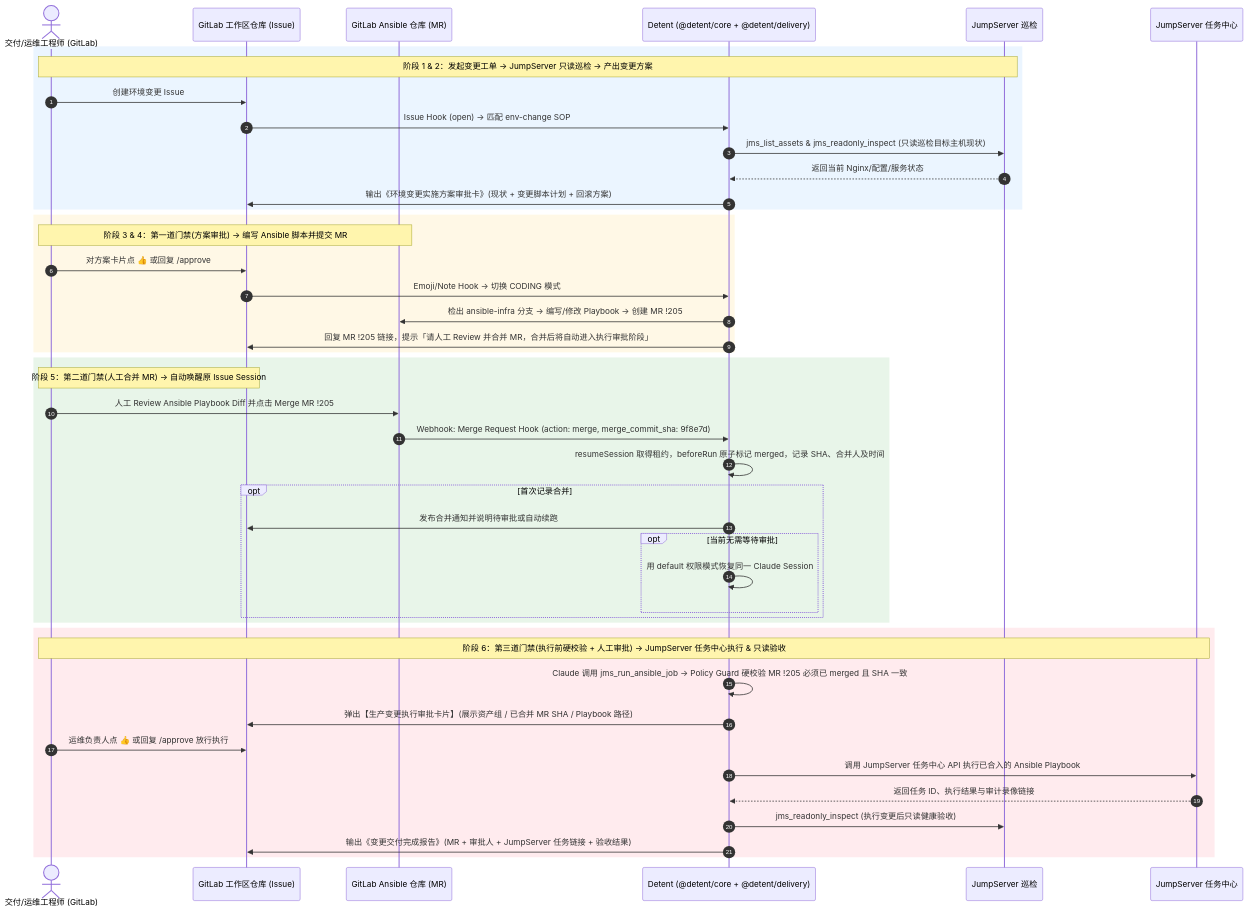
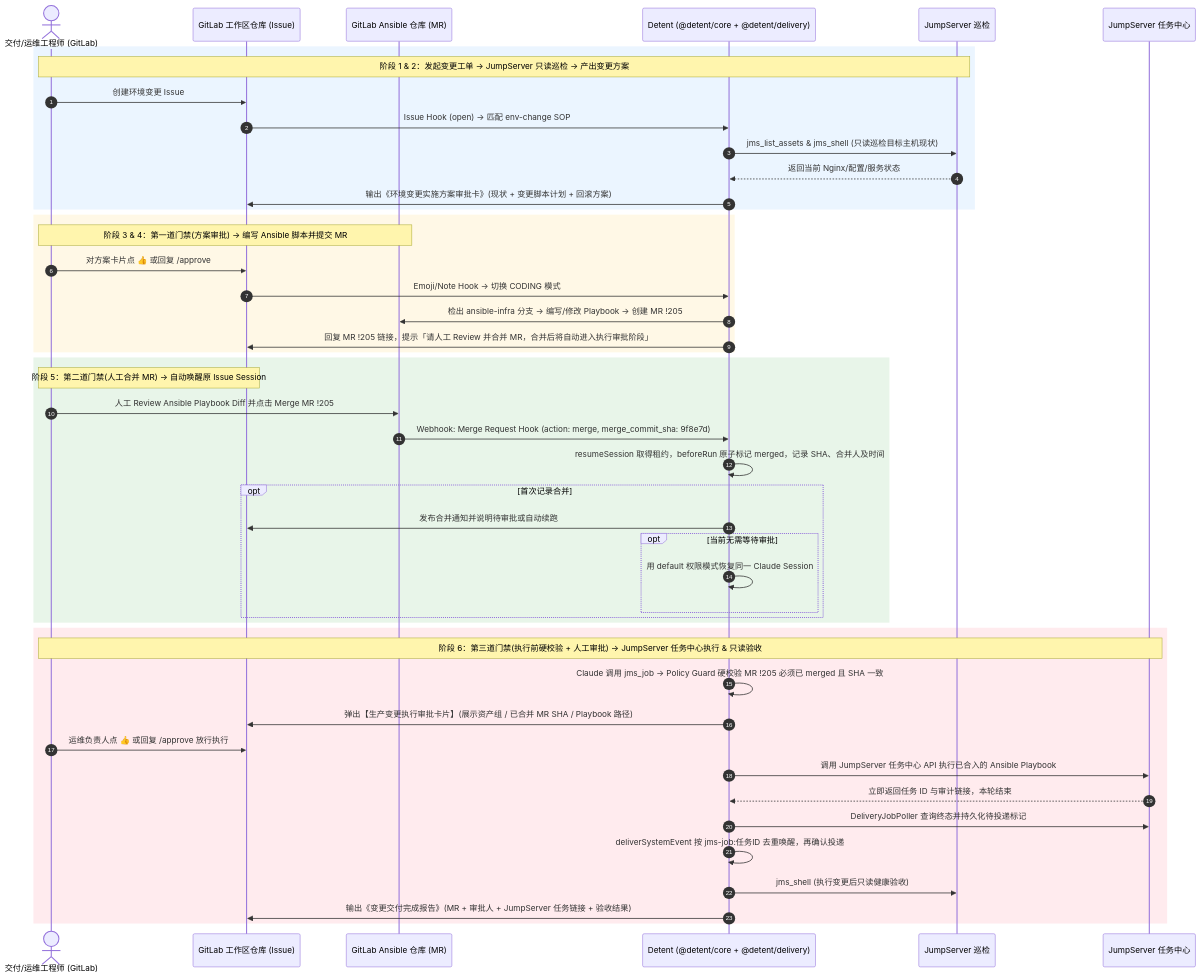
The second of 3 diagrams in docs/DESIGN.md (hallucination-studio/detent), drawn with Mermaid before and after one commit. The commit also changed other lines of this file and 60 other files, not shown here.

Commit message:
feat: add batched jms_shell, async jms_job callback wakeup, suspend-on-approval, loopback HTTP MCP, and layered smoke tests

````diff
--- a/docs/DESIGN.md
+++ b/docs/DESIGN.md
@@ -201,51 +202,53 @@
 ```mermaid
 sequenceDiagram
     autonumber
     actor Ops as 交付/运维工程师 (GitLab)
     participant GL_Hub as GitLab 工作区仓库 (Issue)
     participant GL_Ans as GitLab Ansible 仓库 (MR)
     participant Detent as Detent (@detent/core + @detent/delivery)
     participant JMS_RO as JumpServer 巡检
     participant JMS_Job as JumpServer 任务中心
 
     rect rgb(235, 245, 255)
         Note over Ops,JMS_RO: 阶段 1 & 2：发起变更工单 -> JumpServer 只读巡检 -> 产出变更方案
         Ops->>GL_Hub: 创建环境变更 Issue #88 (如标签 delivery::env-change)
         GL_Hub->>Detent: Issue Hook (open) -> 匹配 env-change SOP
-        Detent->>JMS_RO: jms_list_assets & jms_readonly_inspect (只读巡检目标主机现状)
+        Detent->>JMS_RO: jms_list_assets & jms_shell (只读巡检目标主机现状)
         JMS_RO-->>Detent: 返回当前 Nginx/配置/服务状态
         Detent->>GL_Hub: 输出《环境变更实施方案审批卡》(现状 + 变更脚本计划 + 回滚方案)
     end
 
     rect rgb(255, 248, 230)
         Note over Ops,GL_Ans: 阶段 3 & 4：第一道门禁(方案审批) -> 编写 Ansible 脚本并提交 MR
         Ops->>GL_Hub: 对方案卡片点 👍 或回复 /approve
         GL_Hub->>Detent: Emoji/Note Hook -> 切换 CODING 模式
         Detent->>GL_Ans: 检出 ansible-infra 分支 -> 编写/修改 Playbook -> 创建 MR !205
         Detent->>GL_Hub: 回复 MR !205 链接，提示「请人工 Review 并合并 MR，合并后将自动进入执行审批阶段」
     end
 
     rect rgb(232, 245, 233)
         Note over Ops,GL_Hub: 阶段 5：第二道门禁(人工合并 MR) -> 自动唤醒原 Issue Session
         Ops->>GL_Ans: 人工 Review Ansible Playbook Diff 并点击 Merge MR !205
         GL_Ans->>Detent: Webhook: Merge Request Hook (action: merge, merge_commit_sha: 9f8e7d)
         Detent->>Detent: resumeSession 取得租约，beforeRun 原子标记 merged，记录 SHA、合并人及时间
         opt 首次记录合并
             Detent->>GL_Hub: 发布合并通知并说明待审批或自动续跑
             opt 当前无需等待审批
                 Detent->>Detent: 用 default 权限模式恢复同一 Claude Session
             end
         end
     end
 
     rect rgb(255, 235, 238)
         Note over Ops,JMS_Job: 阶段 6：第三道门禁(执行前硬校验 + 人工审批) -> JumpServer 任务中心执行 & 只读验收
-        Detent->>Detent: Claude 调用 jms_run_ansible_job -> Policy Guard 硬校验 MR !205 必须已 merged 且 SHA 一致
+        Detent->>Detent: Claude 调用 jms_job -> Policy Guard 硬校验 MR !205 必须已 merged 且 SHA 一致
         Detent->>GL_Hub: 弹出【生产变更执行审批卡片】(展示资产组 / 已合并 MR SHA / Playbook 路径)
         Ops->>GL_Hub: 运维负责人点 👍 或回复 /approve 放行执行
         Detent->>JMS_Job: 调用 JumpServer 任务中心 API 执行已合入的 Ansible Playbook
-        JMS_Job-->>Detent: 返回任务 ID、执行结果与审计录像链接
-        Detent->>JMS_RO: jms_readonly_inspect (执行变更后只读健康验收)
+        JMS_Job-->>Detent: 立即返回任务 ID 与审计链接，本轮结束
+        Detent->>JMS_Job: DeliveryJobPoller 查询终态并持久化待投递标记
+        Detent->>Detent: deliverSystemEvent 按 jms-job:任务ID 去重唤醒，再确认投递
+        Detent->>JMS_RO: jms_shell (执行变更后只读健康验收)
         Detent->>GL_Hub: 输出《变更交付完成报告》(MR + 审批人 + JumpServer 任务链接 + 验收结果)
     end
 ```
````
